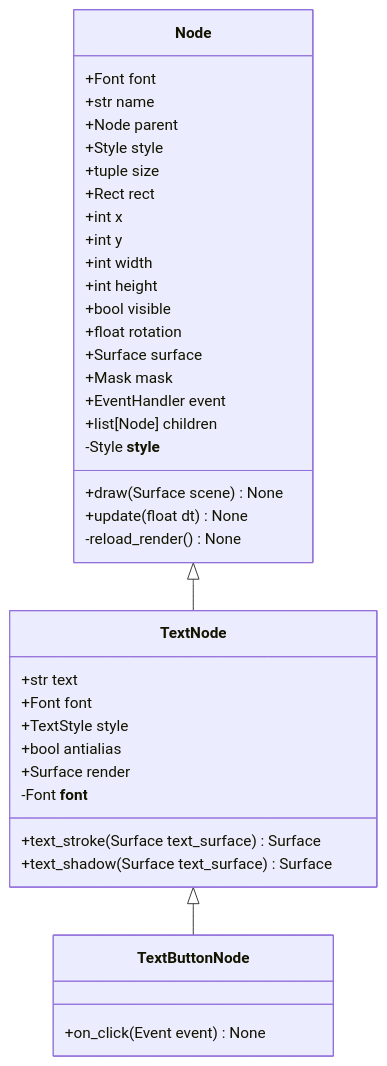
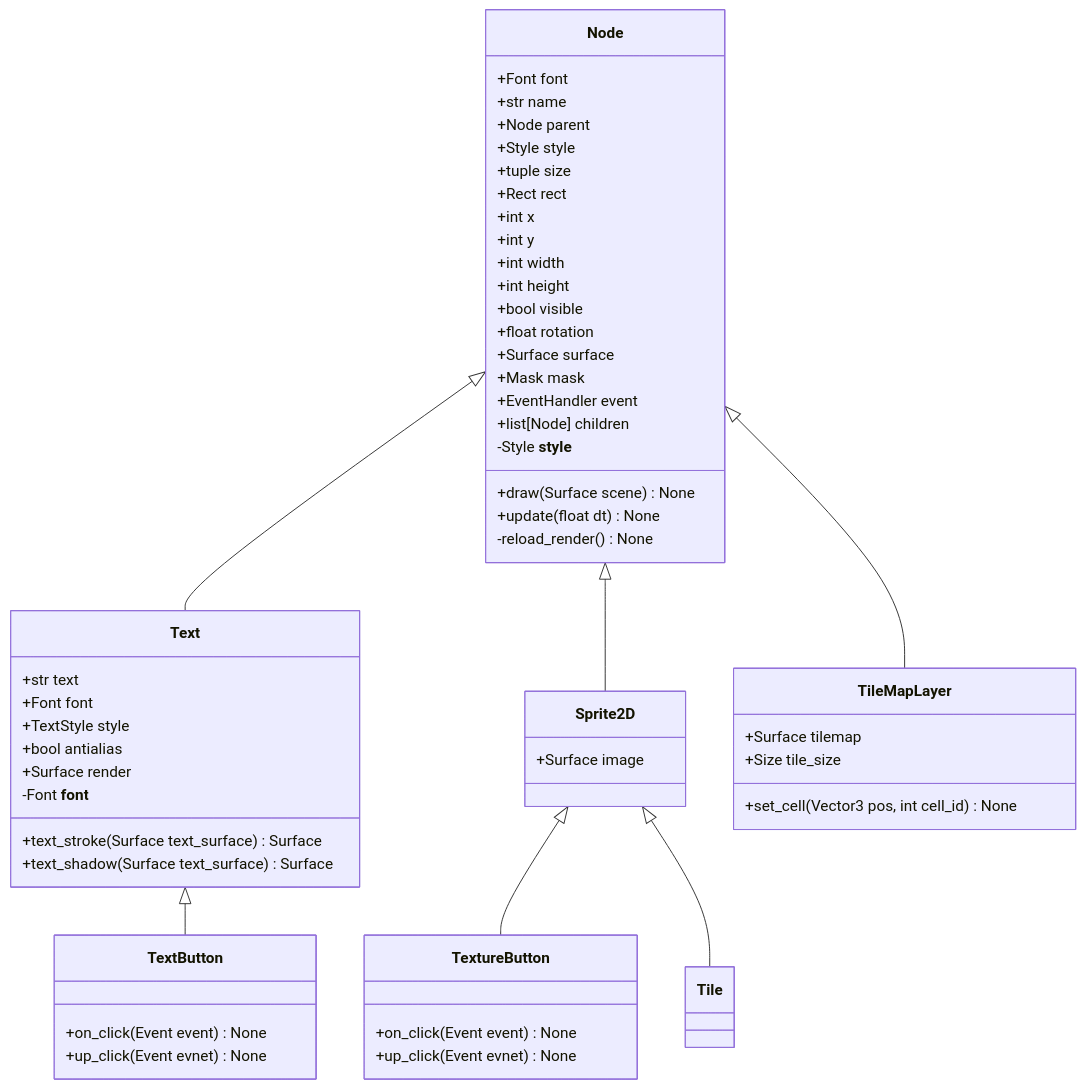
The diagram in docs/Node.md (Mogui-Hao/PygameNode), drawn with Mermaid before and after one commit. The commit also changed other lines of this file and 6 other files, not shown here.

````diff
--- a/docs/Node.md
+++ b/docs/Node.md
@@ -5,43 +5,67 @@
 ```mermaid
 classDiagram
     class Node {
         +Font font
         +str name
         +Node parent
         +Style style
         +tuple size
         +Rect rect
         +int x
         +int y
         +int width
         +int height
         +bool visible
         +float rotation
         +Surface surface
         +Mask mask
         +EventHandler event
         +list[Node] children
         -Style __style__
         +draw(Surface scene) None
         +update(float dt) None
         -reload_render() None
     }
     
-    class TextNode {
+    class Text {
         +str text
         +Font font
         +TextStyle style
         +bool antialias
         +Surface render
         -Font __font__
         +text_stroke(Surface text_surface) Surface
         +text_shadow(Surface text_surface) Surface
     }
     
-    class TextButtonNode {
+    class TextButton {
         +on_click(Event event) None
+        +up_click(Event evnet) None
     }
     
-    Node <|-- TextNode
-    TextNode <|-- TextButtonNode
+    class Sprite2D {
+        +Surface image
+    }
+    
+    class TextureButton {
+        +on_click(Event event) None
+        +up_click(Event evnet) None
+    }
+    
+    class Tile {
+        
+    }
+    
+    class TileMapLayer {
+        +Surface tilemap
+        +Size tile_size
+        +set_cell(Vector3 pos, int cell_id) None
+    }
+    
+    Node <|-- Text
+    Node <|-- Sprite2D
+    Sprite2D <|-- TextureButton
+    Sprite2D <|-- Tile
+    Node <|-- TileMapLayer
+    Text <|-- TextButton
 ```
````
